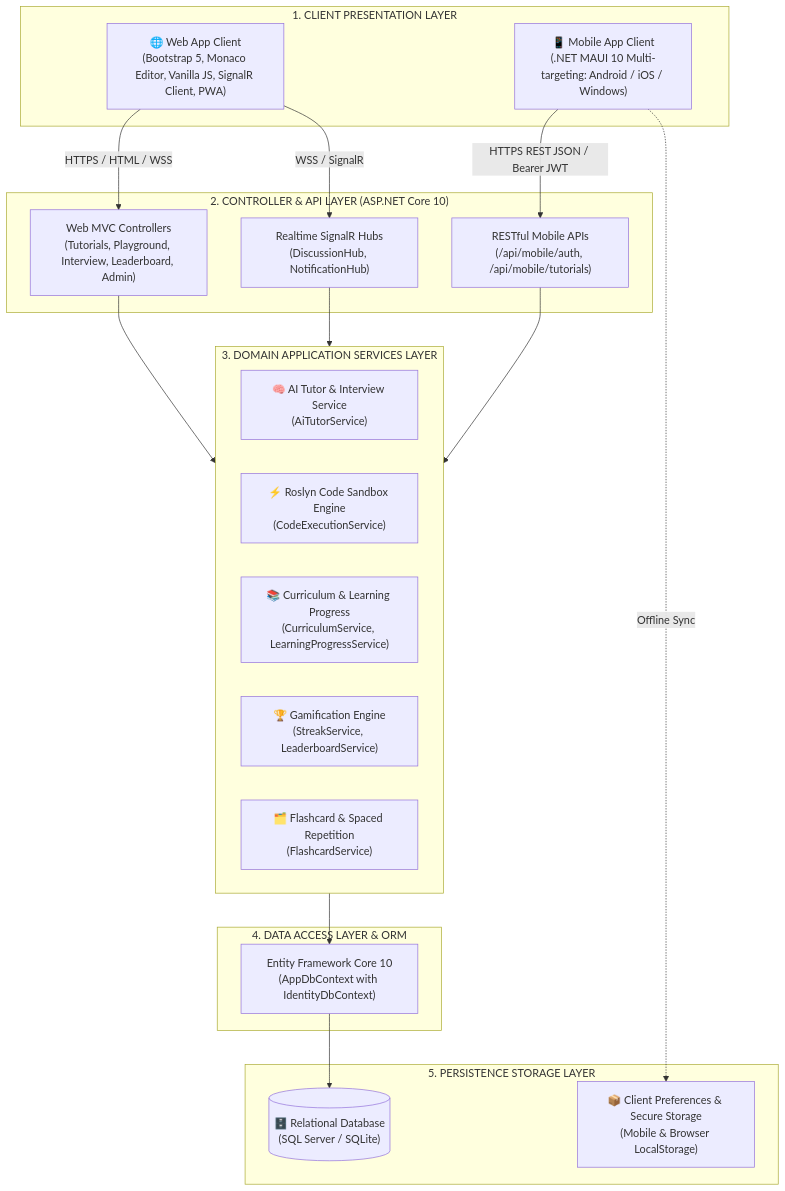
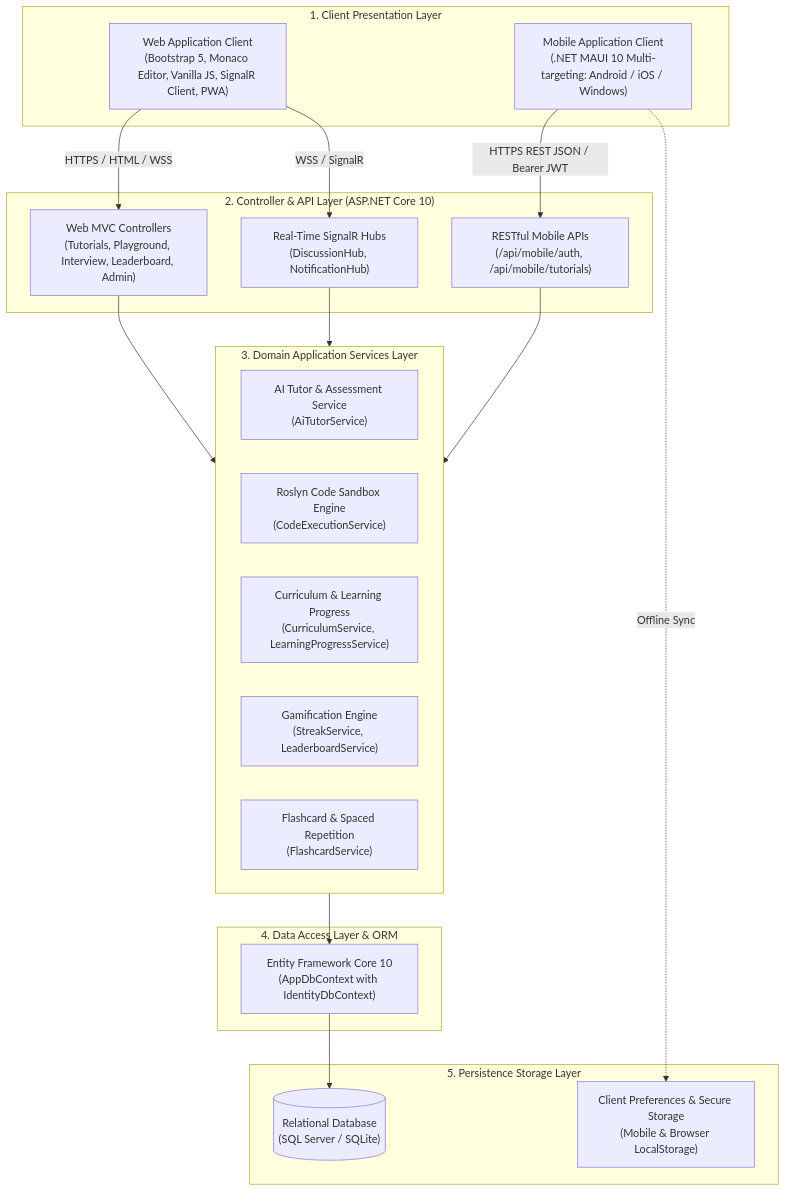
One commit to KaitoDeus/NET-Tutos changed the first of 4 diagrams in docs/02_system_architecture_overview.md. Above: the diagram before and after it, drawn with Mermaid. The commit also changed other lines of this file and 5 other files, not shown here.

````diff
--- a/docs/02_system_architecture_overview.md
+++ b/docs/02_system_architecture_overview.md
@@ -14,42 +15,42 @@
 ```mermaid
 graph TB
-    subgraph ClientLayer ["1. CLIENT PRESENTATION LAYER"]
-        WebBrowser["🌐 Web App Client<br/>(Bootstrap 5, Monaco Editor, Vanilla JS, SignalR Client, PWA)"]
-        MobileClient["📱 Mobile App Client<br/>(.NET MAUI 10 Multi-targeting: Android / iOS / Windows)"]
+    subgraph ClientLayer ["1. Client Presentation Layer"]
+        WebBrowser["Web Application Client<br/>(Bootstrap 5, Monaco Editor, Vanilla JS, SignalR Client, PWA)"]
+        MobileClient["Mobile Application Client<br/>(.NET MAUI 10 Multi-targeting: Android / iOS / Windows)"]
     end
 
-    subgraph GatewayAndApi ["2. CONTROLLER & API LAYER (ASP.NET Core 10)"]
+    subgraph GatewayAndApi ["2. Controller & API Layer (ASP.NET Core 10)"]
         WebControllers["Web MVC Controllers<br/>(Tutorials, Playground, Interview, Leaderboard, Admin)"]
         MobileApiControllers["RESTful Mobile APIs<br/>(/api/mobile/auth, /api/mobile/tutorials)"]
-        SignalRHubs["Realtime SignalR Hubs<br/>(DiscussionHub, NotificationHub)"]
+        SignalRHubs["Real-Time SignalR Hubs<br/>(DiscussionHub, NotificationHub)"]
     end
 
-    subgraph ServiceCore ["3. DOMAIN APPLICATION SERVICES LAYER"]
-        AiService["🧠 AI Tutor & Interview Service<br/>(AiTutorService)"]
-        RoslynSandbox["⚡ Roslyn Code Sandbox Engine<br/>(CodeExecutionService)"]
-        LmsService["📚 Curriculum & Learning Progress<br/>(CurriculumService, LearningProgressService)"]
-        GamificationService["🏆 Gamification Engine<br/>(StreakService, LeaderboardService)"]
-        FlashcardServiceCore["🗂️ Flashcard & Spaced Repetition<br/>(FlashcardService)"]
+    subgraph ServiceCore ["3. Domain Application Services Layer"]
+        AiService["AI Tutor & Assessment Service<br/>(AiTutorService)"]
+        RoslynSandbox["Roslyn Code Sandbox Engine<br/>(CodeExecutionService)"]
+        LmsService["Curriculum & Learning Progress<br/>(CurriculumService, LearningProgressService)"]
+        GamificationService["Gamification Engine<br/>(StreakService, LeaderboardService)"]
+        FlashcardServiceCore["Flashcard & Spaced Repetition<br/>(FlashcardService)"]
     end
 
-    subgraph DataAccessLayer ["4. DATA ACCESS LAYER & ORM"]
+    subgraph DataAccessLayer ["4. Data Access Layer & ORM"]
         EFCore["Entity Framework Core 10<br/>(AppDbContext with IdentityDbContext)"]
     end
 
-    subgraph DatabaseLayer ["5. PERSISTENCE STORAGE LAYER"]
-        SQLDb[("🗄️ Relational Database<br/>(SQL Server / SQLite)")]
-        LocalCache["📦 Client Preferences & Secure Storage<br/>(Mobile & Browser LocalStorage)"]
+    subgraph DatabaseLayer ["5. Persistence Storage Layer"]
+        SQLDb[("Relational Database<br/>(SQL Server / SQLite)")]
+        LocalCache["Client Preferences & Secure Storage<br/>(Mobile & Browser LocalStorage)"]
     end
 
     WebBrowser -->|HTTPS / HTML / WSS| WebControllers
     WebBrowser -->|WSS / SignalR| SignalRHubs
     MobileClient -->|HTTPS REST JSON / Bearer JWT| MobileApiControllers
     MobileClient -.->|Offline Sync| LocalCache
 
     WebControllers --> ServiceCore
     MobileApiControllers --> ServiceCore
     SignalRHubs --> ServiceCore
 
     ServiceCore --> EFCore
     EFCore --> SQLDb
 ```
````
